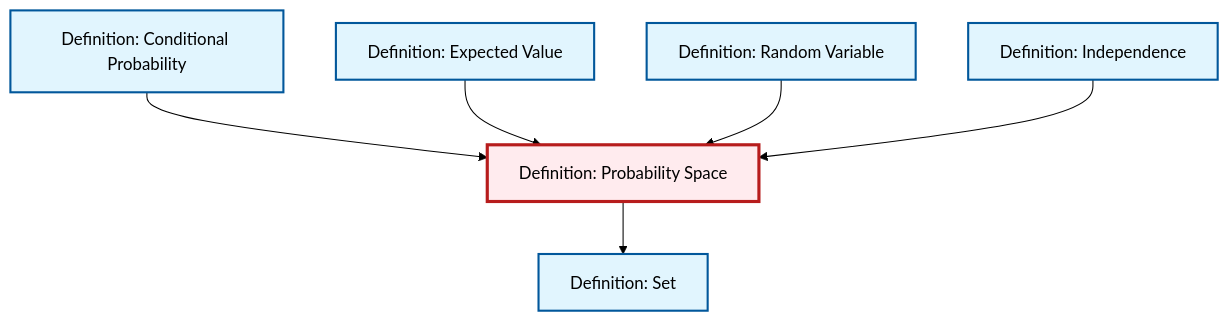
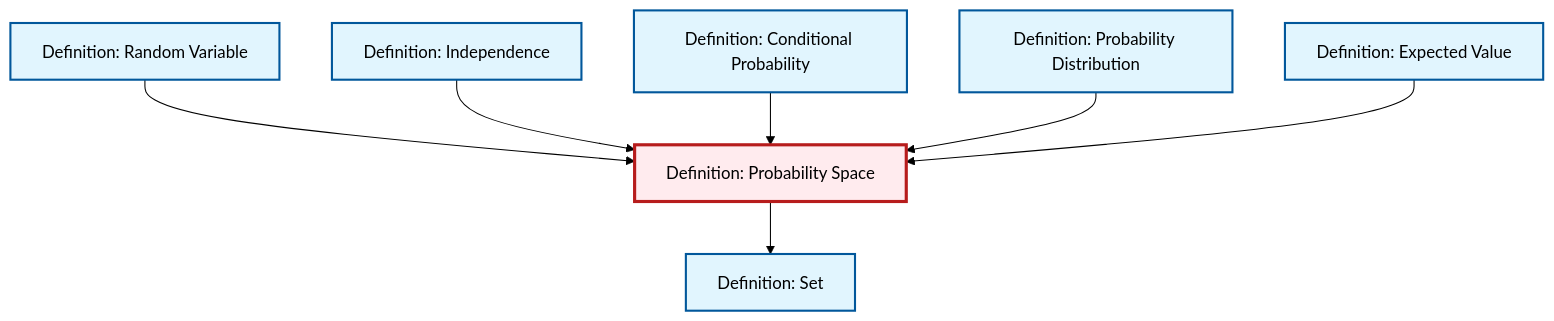
Before and after one commit to RK0429/ModernMath: the diagram in content/en/probability-statistics/def-probability-space.qmd, drawn with Mermaid (forest theme). The commit also changed 634 other files, not shown here.

````diff
--- a/content/en/probability-statistics/def-probability-space.qmd
+++ b/content/en/probability-statistics/def-probability-space.qmd
@@ -46,26 +46,29 @@
 ```{mermaid}
 %%| fig-cap: "Local dependency graph"
 graph TD
     classDef definition fill:#e1f5fe,stroke:#01579b,stroke-width:2px
     classDef theorem fill:#f3e5f5,stroke:#4a148c,stroke-width:2px
     classDef axiom fill:#fff3e0,stroke:#e65100,stroke-width:2px
     classDef example fill:#e8f5e9,stroke:#1b5e20,stroke-width:2px
     classDef current fill:#ffebee,stroke:#b71c1c,stroke-width:3px
-    def-set["Definition: Set"]:::definition
-    def-expectation["Definition: Expected Value"]:::definition
-    def-probability-space["Definition: Probability Space"]:::definition
-    def-random-variable["Definition: Random Variable"]:::definition
     def-independence["Definition: Independence"]:::definition
     def-conditional-probability["Definition: Conditional Probability"]:::definition
+    def-probability-space["Definition: Probability Space"]:::definition
+    def-expectation["Definition: Expected Value"]:::definition
+    def-probability-distribution["Definition: Probability Distribution"]:::definition
+    def-set["Definition: Set"]:::definition
+    def-random-variable["Definition: Random Variable"]:::definition
+    def-random-variable --> def-probability-space
+    def-probability-space --> def-set
+    def-independence --> def-probability-space
     def-conditional-probability --> def-probability-space
-    def-probability-space --> def-set
+    def-probability-distribution --> def-probability-space
     def-expectation --> def-probability-space
-    def-random-variable --> def-probability-space
-    def-independence --> def-probability-space
     class def-probability-space current
-    click def-set "def-set.html" "Go to Set definition"
-    click def-expectation "def-expectation.html" "Go to Expected Value definition"
-    click def-random-variable "def-random-variable.html" "Go to Random Variable definition"
     click def-independence "def-independence.html" "Go to Independence definition"
     click def-conditional-probability "def-conditional-probability.html" "Go to Conditional Probability definition"
+    click def-expectation "def-expectation.html" "Go to Expected Value definition"
+    click def-probability-distribution "def-probability-distribution.html" "Go to Probability Distribution definition"
+    click def-set "def-set.html" "Go to Set definition"
+    click def-random-variable "def-random-variable.html" "Go to Random Variable definition"
 ```
````
